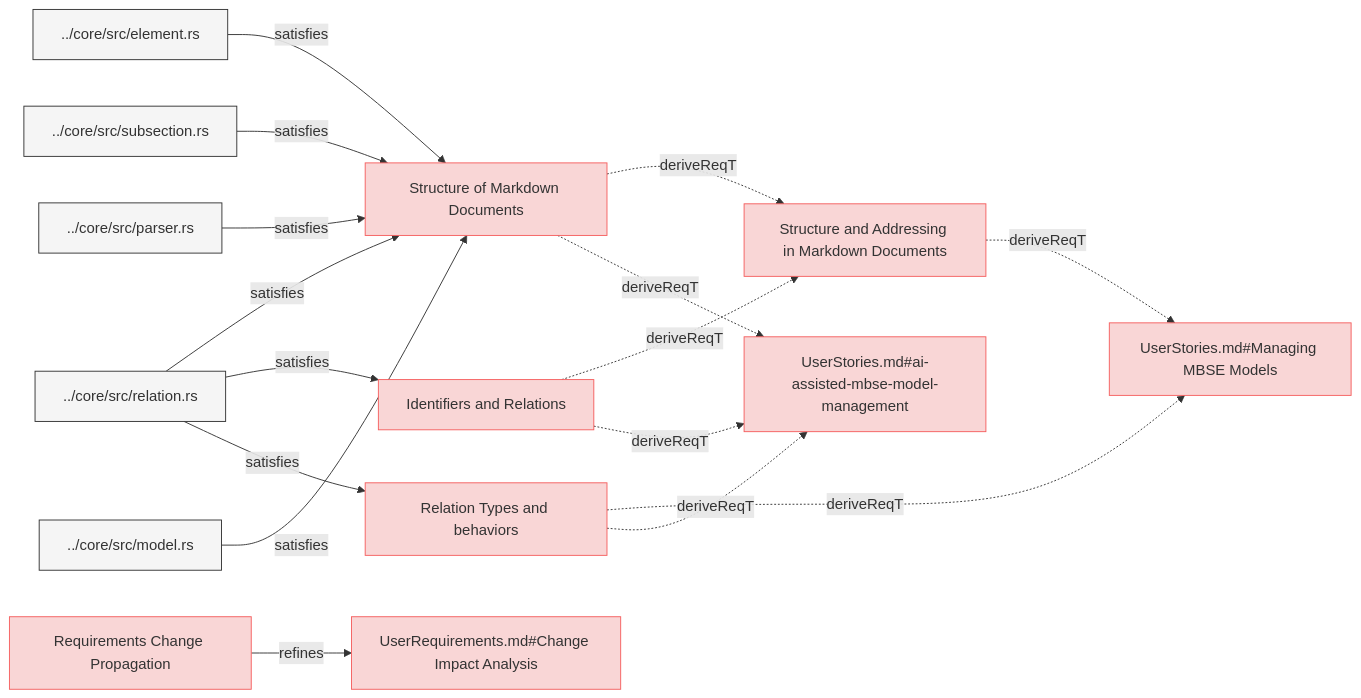
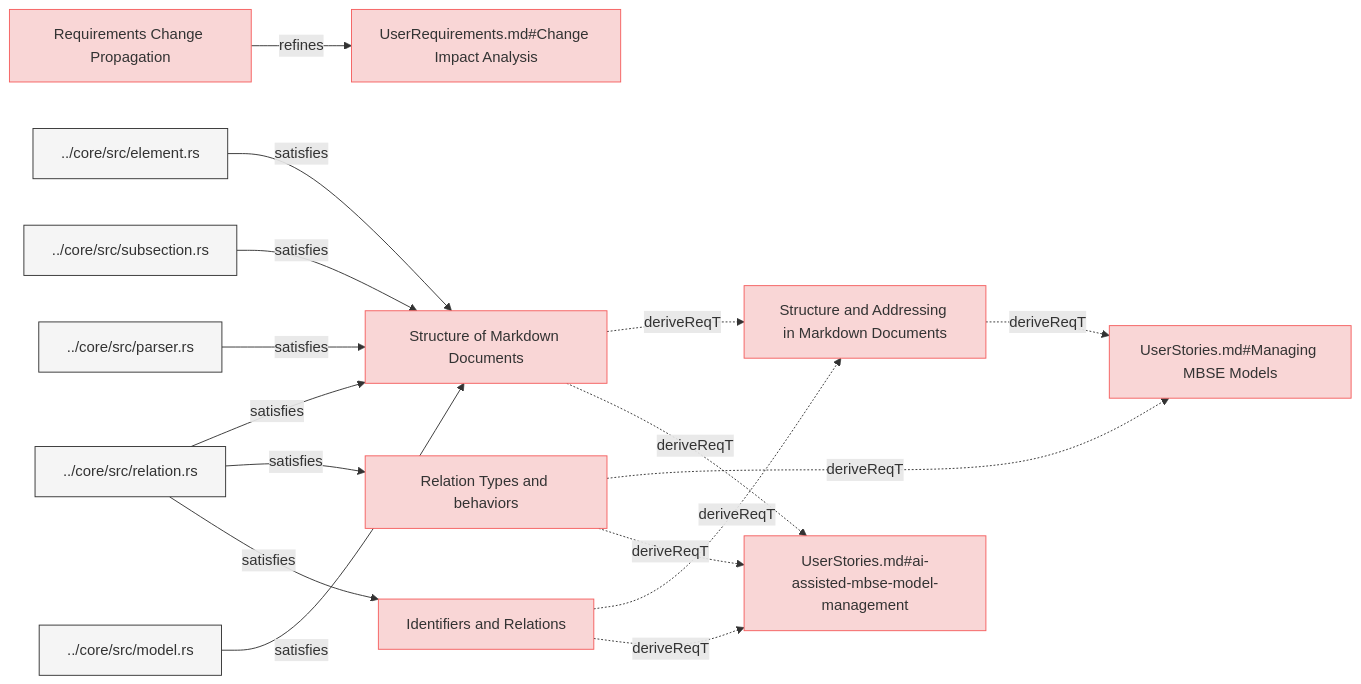
One commit to reqvire-org/reqvire changed the first of 3 diagrams in specifications/SpecificationsRequirements.md. Above: the diagram before and after it, drawn with Mermaid. The commit also changed other lines of this file and 18 other files, not shown here.

````diff
--- a/specifications/SpecificationsRequirements.md
+++ b/specifications/SpecificationsRequirements.md
@@ -4,69 +4,69 @@
 ```mermaid
 graph LR;
   %% Graph styling
   classDef requirement fill:#f9d6d6,stroke:#f55f5f,stroke-width:1px;
   classDef verification fill:#d6f9d6,stroke:#5fd75f,stroke-width:1px;
   classDef externalLink fill:#d0e0ff,stroke:#3080ff,stroke-width:1px;
   classDef default fill:#f5f5f5,stroke:#333333,stroke-width:1px;
 
   ade67c27bc5d3bbd["Structure and Addressing in Markdown Documents"];
   class ade67c27bc5d3bbd requirement;
   click ade67c27bc5d3bbd "SpecificationsRequirements.md#structure-and-addressing-in-markdown-documents";
   e61b7c1baa89bfc6["UserStories.md#Managing MBSE Models"];
   class e61b7c1baa89bfc6 requirement;
   click e61b7c1baa89bfc6 "UserStories.md#managing-mbse-models";
   ade67c27bc5d3bbd -.->|deriveReqT| e61b7c1baa89bfc6;
+  2054606d7574a553["Requirements Change Propagation"];
+  class 2054606d7574a553 requirement;
+  click 2054606d7574a553 "SpecificationsRequirements.md#requirements-change-propagation";
+  9933cac5853a8584["UserRequirements.md#Change Impact Analysis"];
+  class 9933cac5853a8584 requirement;
+  click 9933cac5853a8584 "UserRequirements.md#change-impact-analysis";
+  2054606d7574a553 -->|refines| 9933cac5853a8584;
   b49d890e0bbe0a83["Structure of Markdown Documents"];
   class b49d890e0bbe0a83 requirement;
   click b49d890e0bbe0a83 "SpecificationsRequirements.md#structure-of-markdown-documents";
   b49d890e0bbe0a83 -.->|deriveReqT| ade67c27bc5d3bbd;
   cd2d5dab49985ca2["UserStories.md#ai-assisted-mbse-model-management"];
   class cd2d5dab49985ca2 requirement;
   click cd2d5dab49985ca2 "UserStories.md#ai-assisted-mbse-model-management";
   b49d890e0bbe0a83 -.->|deriveReqT| cd2d5dab49985ca2;
   9450d4313f47ef36["../core/src/relation.rs"];
   class 9450d4313f47ef36 default;
   click 9450d4313f47ef36 "../core/src/relation.rs";
   9450d4313f47ef36 -->|satisfies| b49d890e0bbe0a83;
   a814c4935e1a0449["../core/src/element.rs"];
   class a814c4935e1a0449 default;
   click a814c4935e1a0449 "../core/src/element.rs";
   a814c4935e1a0449 -->|satisfies| b49d890e0bbe0a83;
   398003c91b6b2cde["../core/src/subsection.rs"];
   class 398003c91b6b2cde default;
   click 398003c91b6b2cde "../core/src/subsection.rs";
   398003c91b6b2cde -->|satisfies| b49d890e0bbe0a83;
   f22d93285fcd7664["../core/src/parser.rs"];
   class f22d93285fcd7664 default;
   click f22d93285fcd7664 "../core/src/parser.rs";
   f22d93285fcd7664 -->|satisfies| b49d890e0bbe0a83;
   d50a859650933e55["../core/src/model.rs"];
   class d50a859650933e55 default;
   click d50a859650933e55 "../core/src/model.rs";
   d50a859650933e55 -->|satisfies| b49d890e0bbe0a83;
+  551906d5c51d91d9["Relation Types and behaviors"];
+  class 551906d5c51d91d9 requirement;
+  click 551906d5c51d91d9 "SpecificationsRequirements.md#relation-types-and-behaviors";
+  551906d5c51d91d9 -.->|deriveReqT| e61b7c1baa89bfc6;
+  551906d5c51d91d9 -.->|deriveReqT| cd2d5dab49985ca2;
+  9450d4313f47ef36["../core/src/relation.rs"];
+  class 9450d4313f47ef36 default;
+  click 9450d4313f47ef36 "../core/src/relation.rs";
+  9450d4313f47ef36 -->|satisfies| 551906d5c51d91d9;
   816c1e0b1de4dc53["Identifiers and Relations"];
   class 816c1e0b1de4dc53 requirement;
   click 816c1e0b1de4dc53 "SpecificationsRequirements.md#identifiers-and-relations";
   816c1e0b1de4dc53 -.->|deriveReqT| ade67c27bc5d3bbd;
   816c1e0b1de4dc53 -.->|deriveReqT| cd2d5dab49985ca2;
   9450d4313f47ef36["../core/src/relation.rs"];
   class 9450d4313f47ef36 default;
   click 9450d4313f47ef36 "../core/src/relation.rs";
   9450d4313f47ef36 -->|satisfies| 816c1e0b1de4dc53;
-  551906d5c51d91d9["Relation Types and behaviors"];
-  class 551906d5c51d91d9 requirement;
-  click 551906d5c51d91d9 "SpecificationsRequirements.md#relation-types-and-behaviors";
-  551906d5c51d91d9 -.->|deriveReqT| e61b7c1baa89bfc6;
-  551906d5c51d91d9 -.->|deriveReqT| cd2d5dab49985ca2;
-  9450d4313f47ef36["../core/src/relation.rs"];
-  class 9450d4313f47ef36 default;
-  click 9450d4313f47ef36 "../core/src/relation.rs";
-  9450d4313f47ef36 -->|satisfies| 551906d5c51d91d9;
-  2054606d7574a553["Requirements Change Propagation"];
-  class 2054606d7574a553 requirement;
-  click 2054606d7574a553 "SpecificationsRequirements.md#requirements-change-propagation";
-  9933cac5853a8584["UserRequirements.md#Change Impact Analysis"];
-  class 9933cac5853a8584 requirement;
-  click 9933cac5853a8584 "UserRequirements.md#change-impact-analysis";
-  2054606d7574a553 -->|refines| 9933cac5853a8584;
 ```
````
